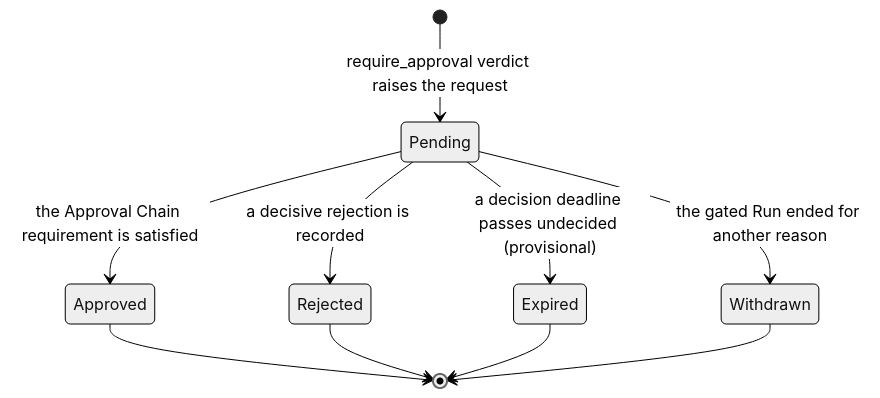
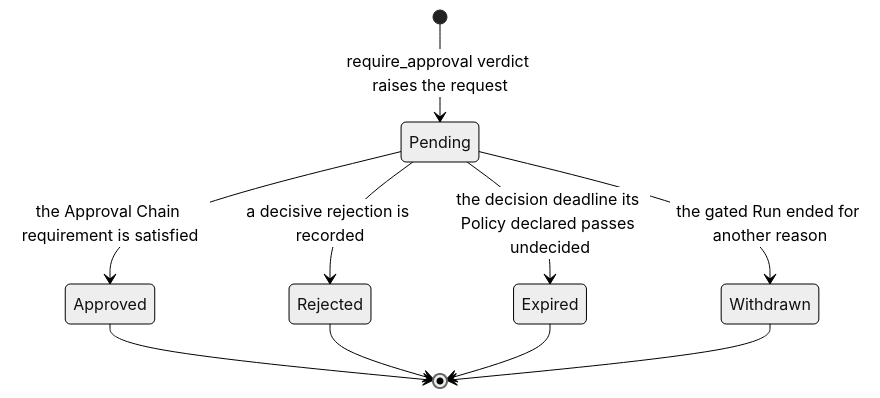
The second of 4 diagrams in docs/20-domain/lifecycle-state-machines.md (ayesigapaul/orchestra), drawn with Mermaid (neutral theme) before and after one commit. The commit also changed other lines of this file and 56 other files, not shown here.

````diff
--- a/docs/20-domain/lifecycle-state-machines.md
+++ b/docs/20-domain/lifecycle-state-machines.md
@@ -149,12 +194,12 @@
 ```mermaid
 stateDiagram-v2
   [*] --> Pending: require_approval verdict raises the request
   Pending --> Approved: the Approval Chain requirement is satisfied
   Pending --> Rejected: a decisive rejection is recorded
-  Pending --> Expired: a decision deadline passes undecided (provisional)
+  Pending --> Expired: the decision deadline its Policy declared passes undecided
   Pending --> Withdrawn: the gated Run ended for another reason
   Approved --> [*]
   Rejected --> [*]
   Expired --> [*]
   Withdrawn --> [*]
 ```
````
